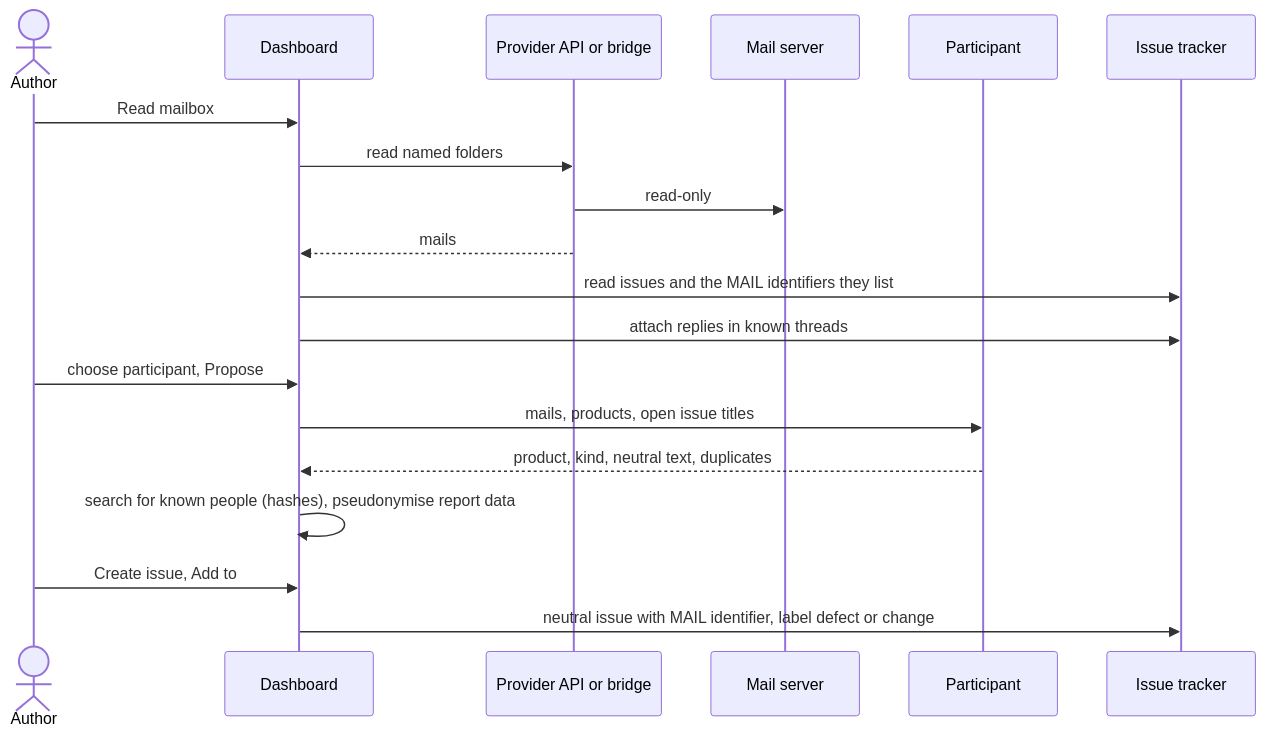
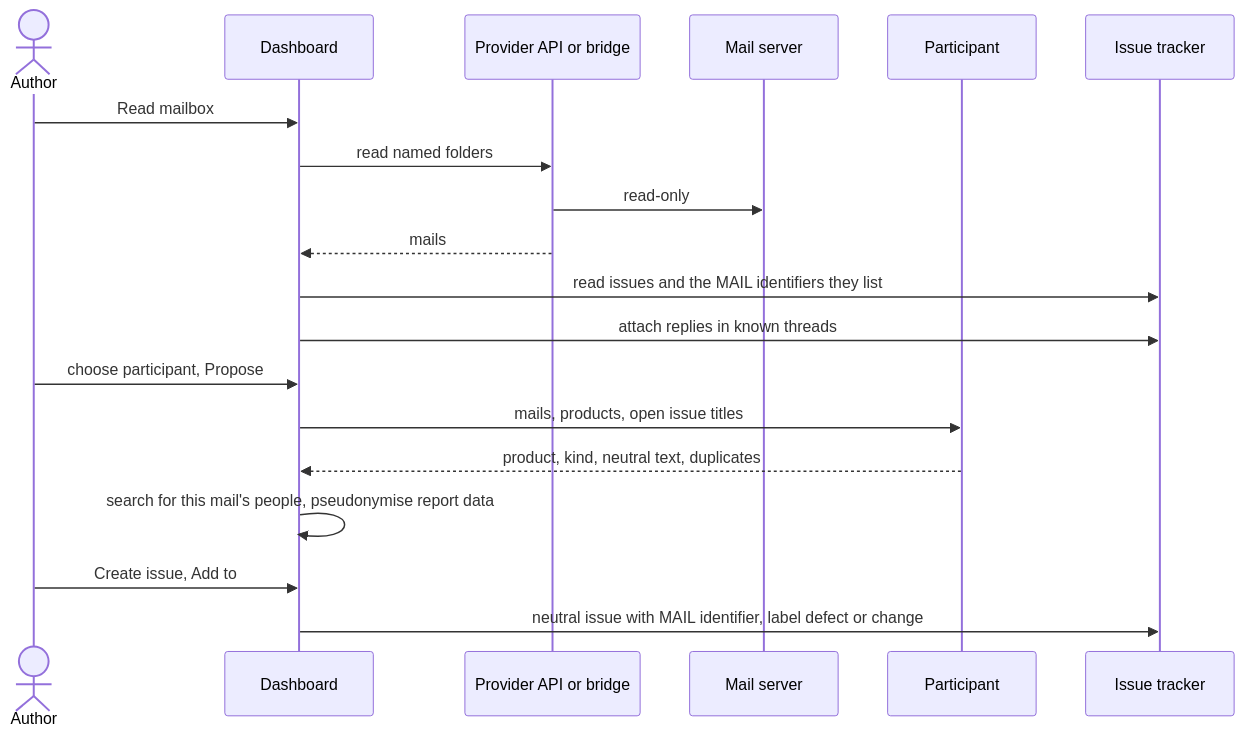
Before and after one commit to akmaier/agent-m: the diagram in docs/use-cases/UC-038-turn-mails-into-issues.md, drawn with Mermaid. The commit also changed other lines of this file and 4 other files, not shown here.

````diff
--- a/docs/use-cases/UC-038-turn-mails-into-issues.md
+++ b/docs/use-cases/UC-038-turn-mails-into-issues.md
@@ -121,21 +119,21 @@
 ```mermaid
 sequenceDiagram
     actor A as Author
     participant D as Dashboard
     participant B as Provider API or bridge
     participant S as Mail server
     participant P as Participant
     participant I as Issue tracker
     A->>D: Read mailbox
     D->>B: read named folders
     B->>S: read-only
     B-->>D: mails
     D->>I: read issues and the MAIL identifiers they list
     D->>I: attach replies in known threads
     A->>D: choose participant, Propose
     D->>P: mails, products, open issue titles
     P-->>D: product, kind, neutral text, duplicates
-    D->>D: search for known people (hashes), pseudonymise report data
+    D->>D: search for this mail's people, pseudonymise report data
     A->>D: Create issue, Add to #n, or Not an issue
     D->>I: neutral issue with MAIL identifier, label defect or change
 ```
````
